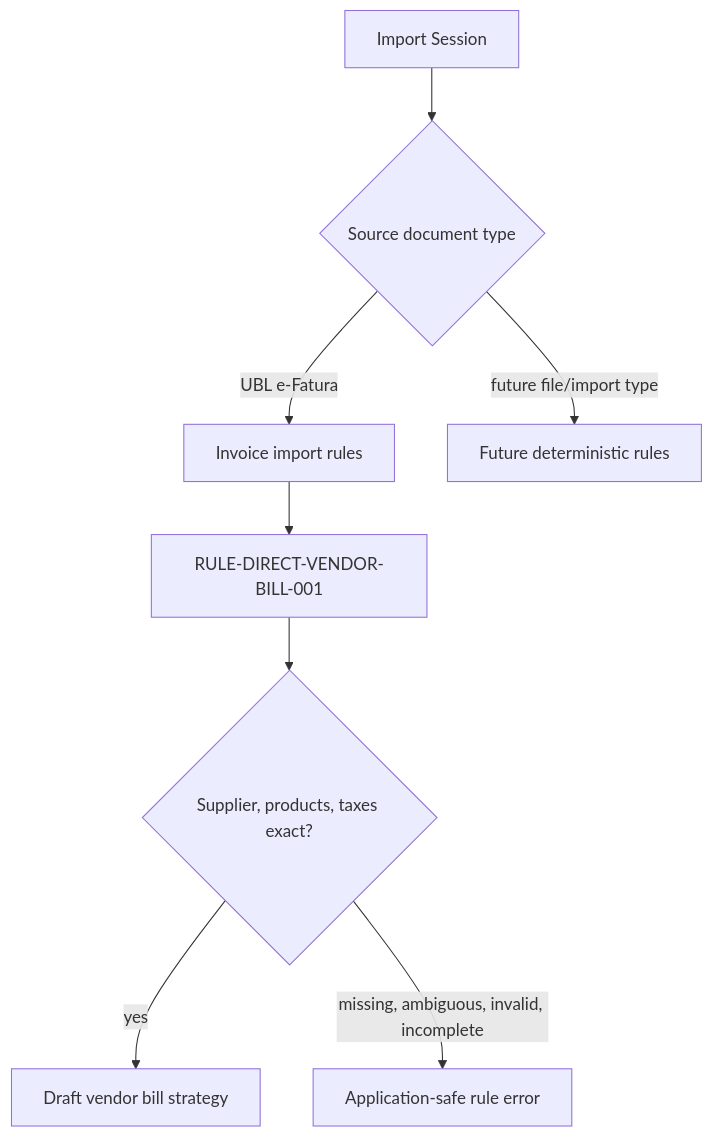
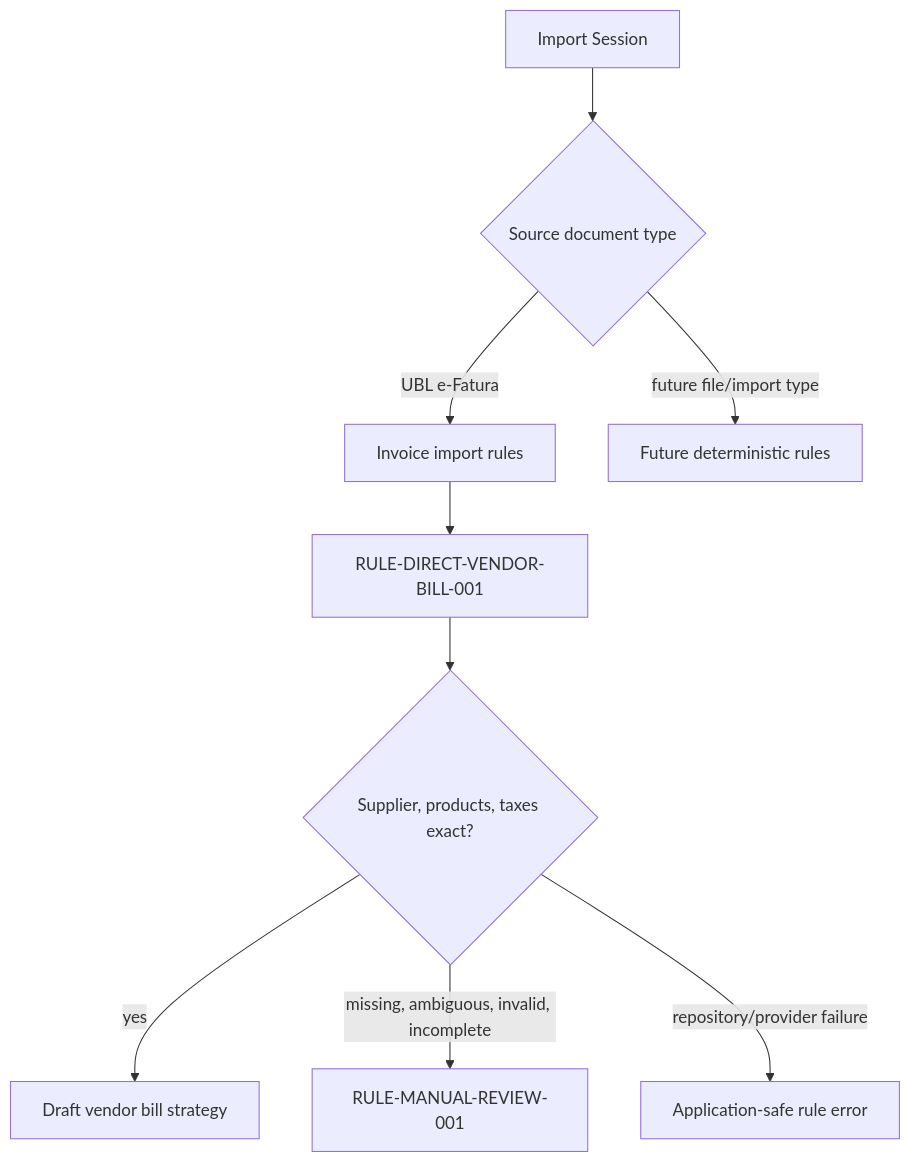
The second of 2 diagrams in docs/RULE_ENGINE.md (odurmazoglu/ict-integration-hub), drawn with Mermaid before and after one commit. The commit also changed other lines of this file and 25 other files, not shown here.

Commit message:
feat: add manual review workflow foundation

````diff
--- a/docs/RULE_ENGINE.md
+++ b/docs/RULE_ENGINE.md
@@ -99,10 +128,11 @@
 ```mermaid
 flowchart TB
     Session[Import Session] --> Source{Source document type}
     Source -->|UBL e-Fatura| InvoiceRules[Invoice import rules]
     Source -->|future file/import type| FutureRules[Future deterministic rules]
     InvoiceRules --> DirectVendorBill[RULE-DIRECT-VENDOR-BILL-001]
     DirectVendorBill --> MatchState{Supplier, products, taxes exact?}
     MatchState -->|yes| DraftStrategy[Draft vendor bill strategy]
-    MatchState -->|missing, ambiguous, invalid, incomplete| SafeFailure[Application-safe rule error]
+    MatchState -->|missing, ambiguous, invalid, incomplete| ManualReview[RULE-MANUAL-REVIEW-001]
+    MatchState -->|repository/provider failure| SafeFailure[Application-safe rule error]
 ```
````
